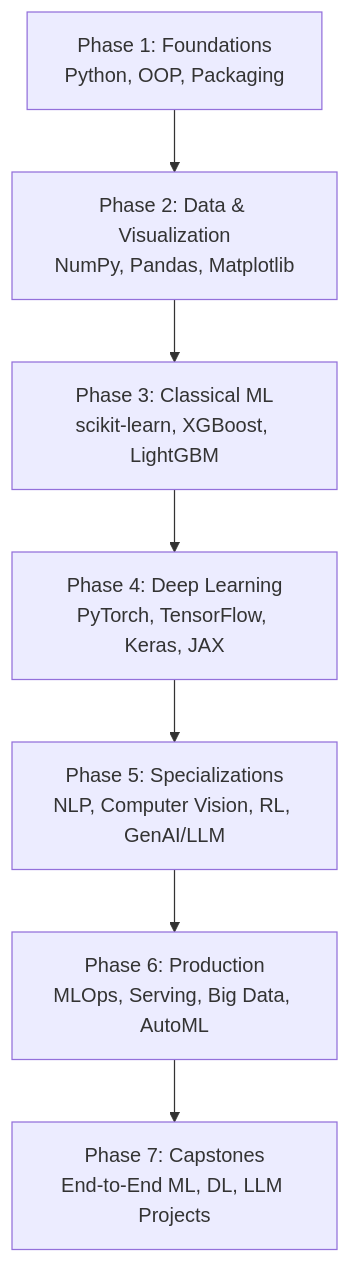
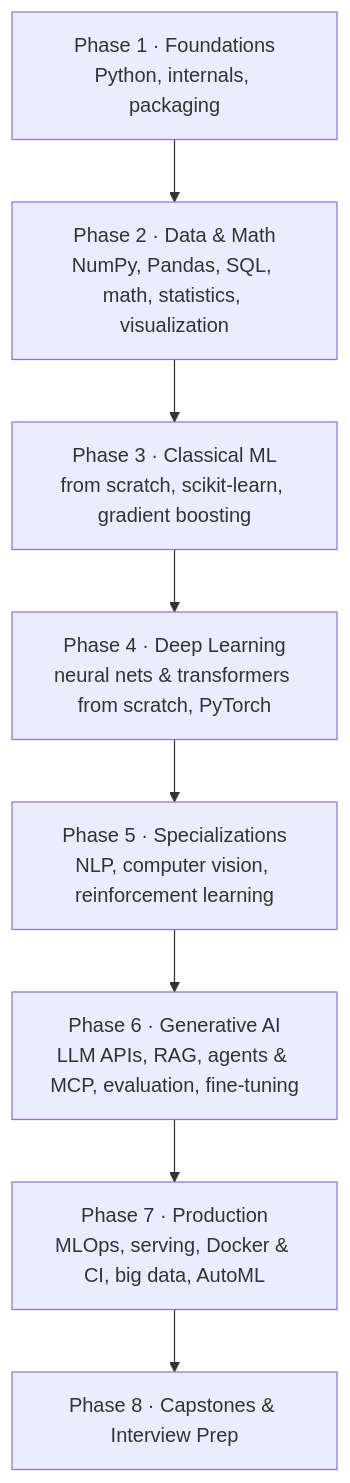
Before and after one commit to MayankKumarPokhriyal/Learning-AI-ML: the diagram in README.md, drawn with Mermaid. The commit also changed other lines of this file and 8 other files, not shown here.

````diff
--- a/README.md
+++ b/README.md
@@ -43,12 +51,12 @@
 ```mermaid
 flowchart TD
-    P1[Phase 1: Foundations<br/>Python, OOP, Packaging]
-    P2[Phase 2: Data & Visualization<br/>NumPy, Pandas, Matplotlib]
-    P3[Phase 3: Classical ML<br/>scikit-learn, XGBoost, LightGBM]
-    P4[Phase 4: Deep Learning<br/>PyTorch, TensorFlow, Keras, JAX]
-    P5[Phase 5: Specializations<br/>NLP, Computer Vision, RL, GenAI/LLM]
-    P6[Phase 6: Production<br/>MLOps, Serving, Big Data, AutoML]
-    P7[Phase 7: Capstones<br/>End-to-End ML, DL, LLM Projects]
-
-    P1 --> P2 --> P3 --> P4 --> P5 --> P6 --> P7
+    P1[Phase 1 · Foundations<br/>Python, internals, packaging]
+    P2[Phase 2 · Data & Math<br/>NumPy, Pandas, SQL, math, statistics, visualization]
+    P3[Phase 3 · Classical ML<br/>from scratch, scikit-learn, gradient boosting]
+    P4[Phase 4 · Deep Learning<br/>neural nets & transformers from scratch, PyTorch]
+    P5[Phase 5 · Specializations<br/>NLP, computer vision, reinforcement learning]
+    P6[Phase 6 · Generative AI<br/>LLM APIs, RAG, agents & MCP, evaluation, fine-tuning]
+    P7[Phase 7 · Production<br/>MLOps, serving, Docker & CI, big data, AutoML]
+    P8[Phase 8 · Capstones & Interview Prep]
+    P1 --> P2 --> P3 --> P4 --> P5 --> P6 --> P7 --> P8
 ```
````
